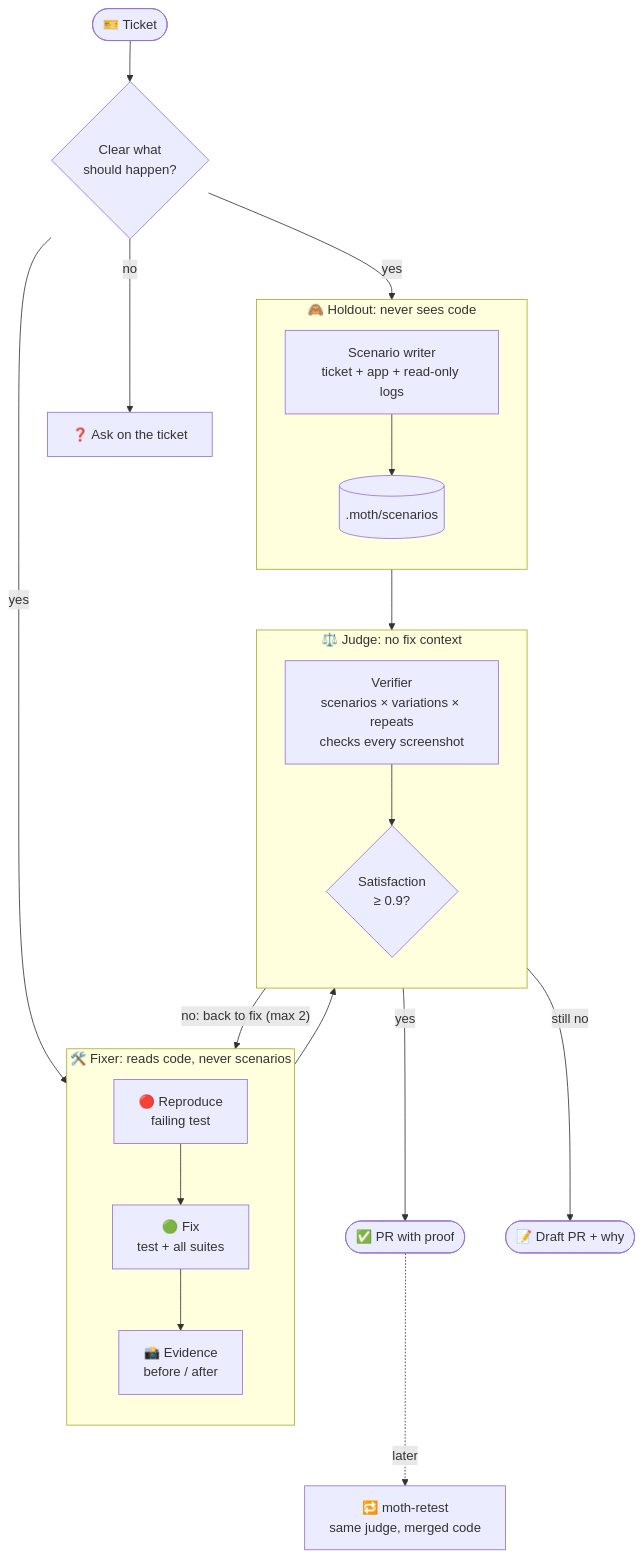
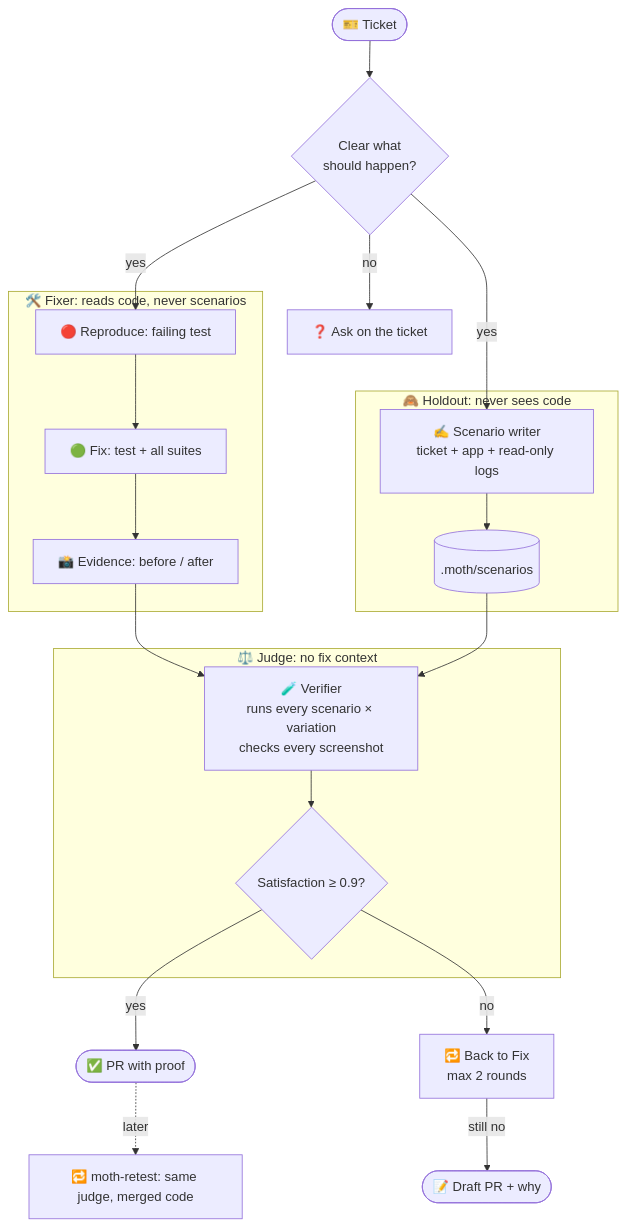
One commit to RomanBarashcov/moth changed the diagram in README.md. Above: the diagram before and after it, drawn with Mermaid.

Commit message:
docs(readme): cleaner flow diagram arrows
Replaces the long "back to fix" edge that crossed the whole diagram with
a "Back to Fix, max 2 rounds" node under the judge, puts both ticket
branches on the same rank, uses smooth curves and shorter labels.

````diff
--- a/README.md
+++ b/README.md
@@ -71,30 +71,28 @@
 ```mermaid
+%%{init: {"flowchart": {"curve": "basis", "nodeSpacing": 40, "rankSpacing": 45}}}%%
 flowchart TD
     T([🎫 Ticket]) --> I{Clear what<br/>should happen?}
     I -- no --> Q[❓ Ask on the ticket]
+    I -- yes --> R
+    I -- yes --> W
 
     subgraph F["🛠️ Fixer: reads code, never scenarios"]
-        direction TB
-        R[🔴 Reproduce<br/>failing test] --> X[🟢 Fix<br/>test + all suites] --> E[📸 Evidence<br/>before / after]
+        R[🔴 Reproduce: failing test] --> X[🟢 Fix: test + all suites] --> E[📸 Evidence: before / after]
     end
 
     subgraph H["🙈 Holdout: never sees code"]
-        direction TB
-        W[Scenario writer<br/>ticket + app + read-only logs] --> S[(.moth/scenarios)]
-    end
-
-    I -- yes --> R
-    I -- yes --> W
-
-    subgraph J["⚖️ Judge: no fix context"]
-        direction TB
-        V[Verifier<br/>scenarios × variations × repeats<br/>checks every screenshot] --> SC{Satisfaction<br/>≥ 0.9?}
+        W[✍️ Scenario writer<br/>ticket + app + read-only logs] --> S[(.moth/scenarios)]
     end
 
     E --> V
     S --> V
+
+    subgraph J["⚖️ Judge: no fix context"]
+        V[🧪 Verifier<br/>runs every scenario × variation<br/>checks every screenshot] --> SC{Satisfaction ≥ 0.9?}
+    end
+
     SC -- yes --> PR([✅ PR with proof])
-    SC -- "no: back to fix (max 2)" --> X
-    SC -- still no --> D([📝 Draft PR + why])
-    PR -. later .-> RT[🔁 moth-retest<br/>same judge, merged code]
+    SC -- no --> B[🔁 Back to Fix<br/>max 2 rounds]
+    B -- still no --> D([📝 Draft PR + why])
+    PR -. later .-> RT[🔁 moth-retest: same judge, merged code]
 ```
````
